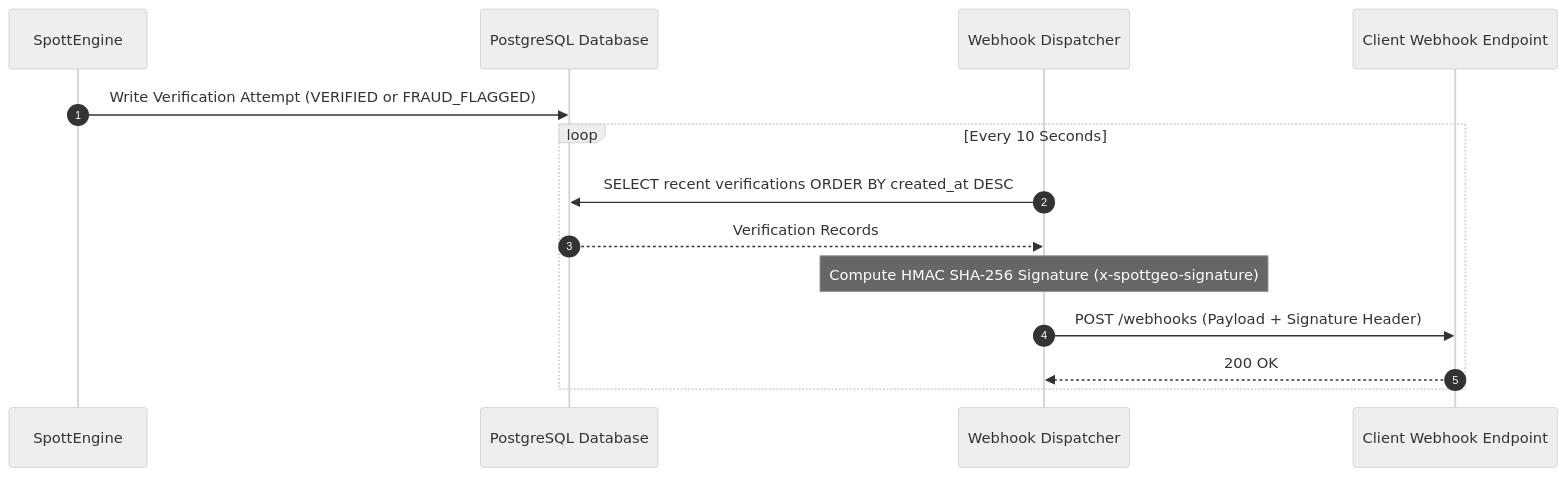
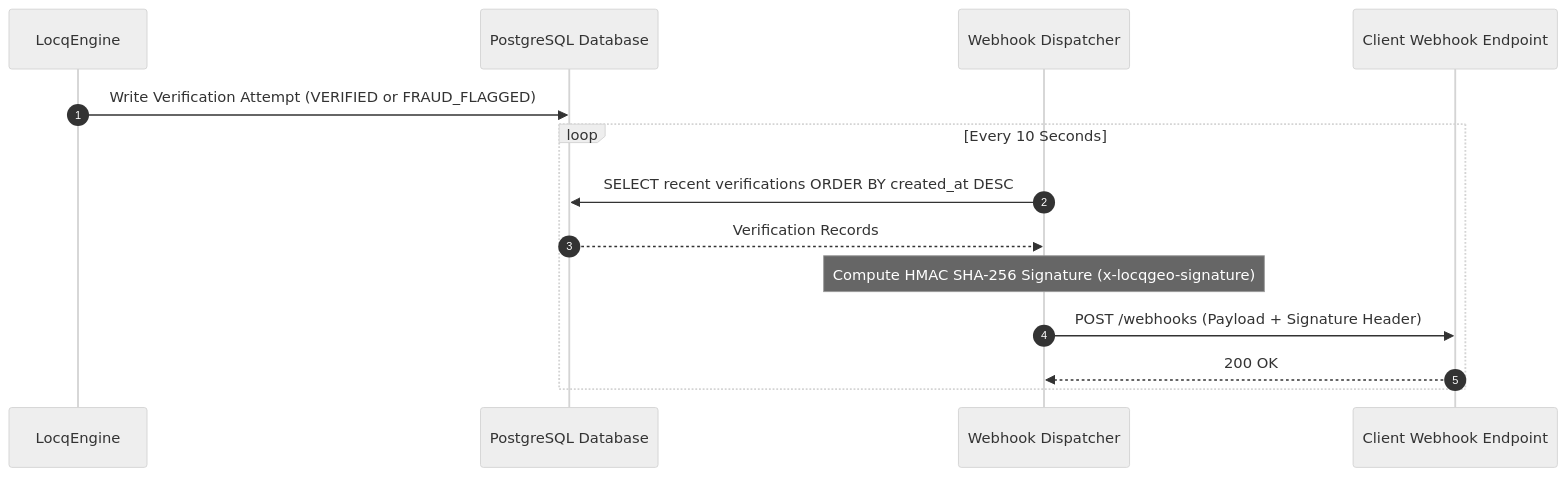
Before and after one commit to ArniyhJS/locqgeo: the second of 3 diagrams in docs/architecture/inter_app_communication.md, drawn with Mermaid (neutral theme). The commit also changed other lines of this file and 168 other files, not shown here.

First line of the commit message:
feat(rebrand): rebrand platform from SpottGeo to LocqGeo across monorepo

````diff
--- a/docs/architecture/inter_app_communication.md
+++ b/docs/architecture/inter_app_communication.md
@@ -139,18 +139,18 @@
 ```mermaid
 sequenceDiagram
     autonumber
-    participant Engine as SpottEngine
+    participant Engine as LocqEngine
     participant DB as PostgreSQL Database
     participant Dispatcher as Webhook Dispatcher
     participant Client as Client Webhook Endpoint
 
     Engine->>DB: Write Verification Attempt (VERIFIED or FRAUD_FLAGGED)
 
     loop Every 10 Seconds
         Dispatcher->>DB: SELECT recent verifications ORDER BY created_at DESC
         DB-->>Dispatcher: Verification Records
-        Note over Dispatcher: Compute HMAC SHA-256 Signature (x-spottgeo-signature)
+        Note over Dispatcher: Compute HMAC SHA-256 Signature (x-locqgeo-signature)
         Dispatcher->>Client: POST /webhooks (Payload + Signature Header)
         Client-->>Dispatcher: 200 OK
     end
 ```
````
